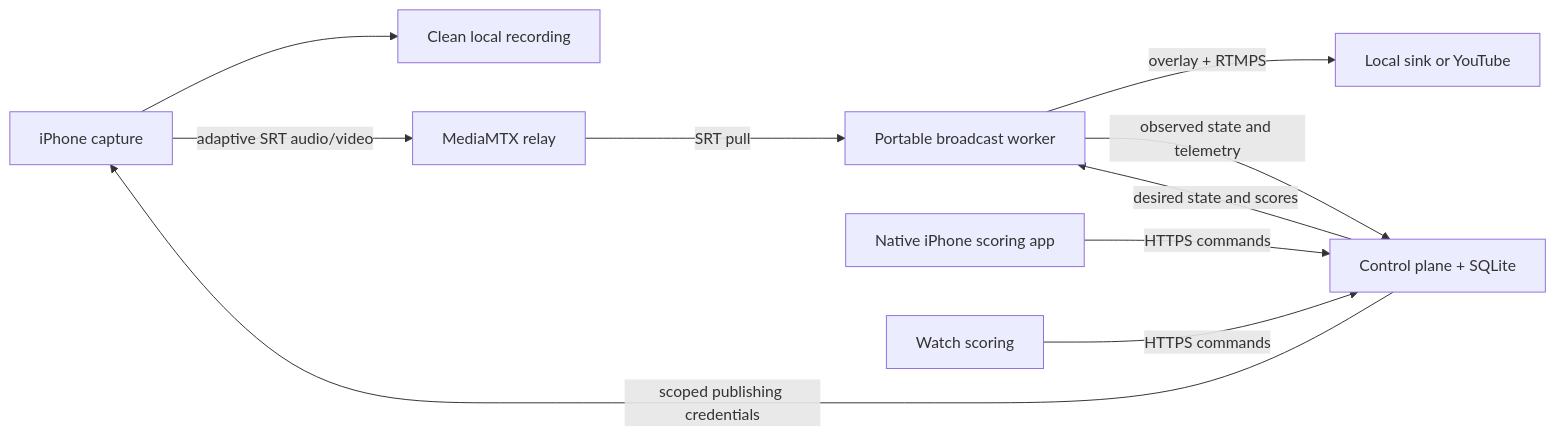
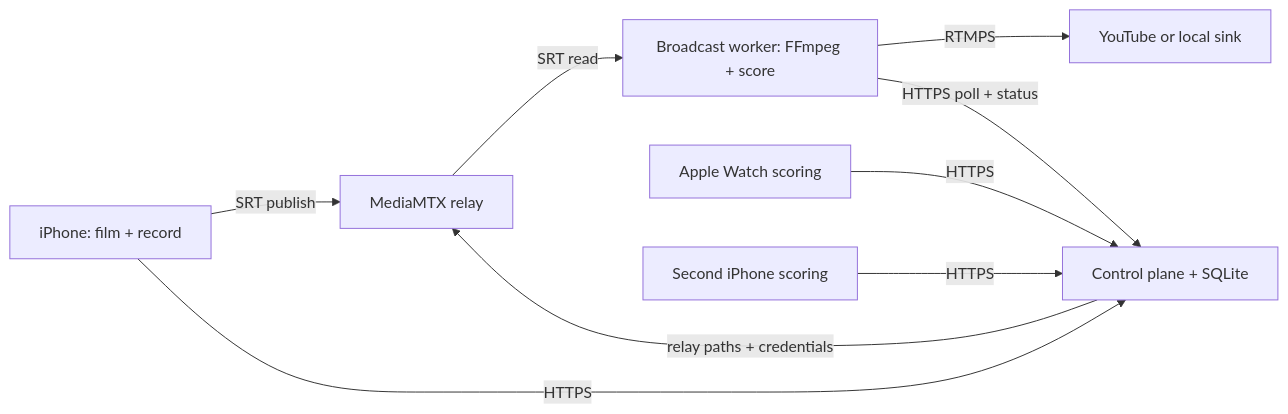
Before and after one commit to jdconley/scorebug: the diagram in docs/architecture.md, drawn with Mermaid. The commit also changed other lines of this file and 837 other files, not shown here.

````diff
--- a/docs/architecture.md
+++ b/docs/architecture.md
@@ -40,12 +7,11 @@
 ```mermaid
 flowchart LR
-    Camera[iPhone capture] --> Archive[Clean local recording]
-    Camera -->|adaptive SRT audio/video| Relay[MediaMTX relay]
-    Relay -->|SRT pull| Worker[Portable broadcast worker]
-    Worker -->|overlay + RTMPS| Output[Local sink or YouTube]
-    Scorer[Native iPhone scoring app] -->|HTTPS commands| API[Control plane + SQLite]
-    Watch[Watch scoring] -->|HTTPS commands| API
-    API -->|desired state and scores| Worker
-    Worker -->|observed state and telemetry| API
-    API -->|scoped publishing credentials| Camera
+    Phone[iPhone: film + record] -->|SRT publish| Relay[MediaMTX relay]
+    Relay -->|SRT read| Worker[Broadcast worker: FFmpeg + score]
+    Worker -->|RTMPS| YouTube[YouTube or local sink]
+    Phone -->|HTTPS| API[Control plane + SQLite]
+    Watch[Apple Watch scoring] -->|HTTPS| API
+    Scorer[Second iPhone scoring] -->|HTTPS| API
+    Worker -->|HTTPS poll + status| API
+    API -->|relay paths + credentials| Relay
 ```
````
